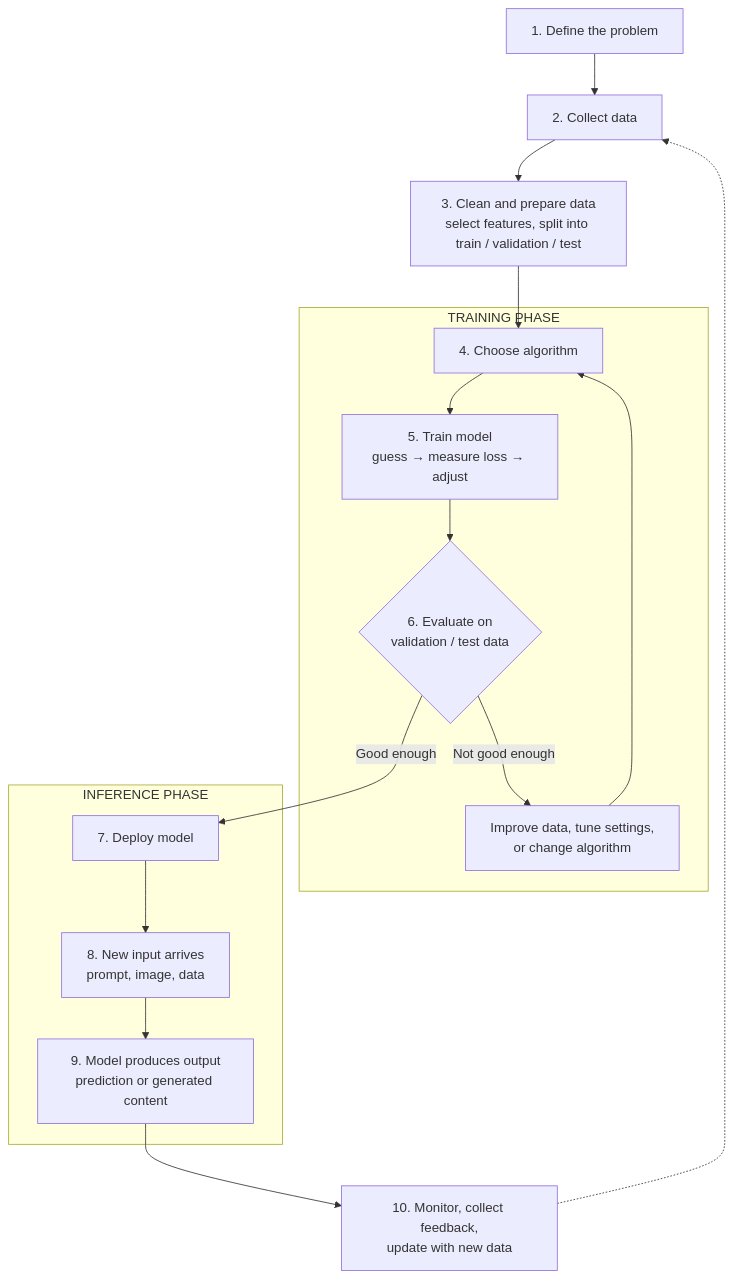
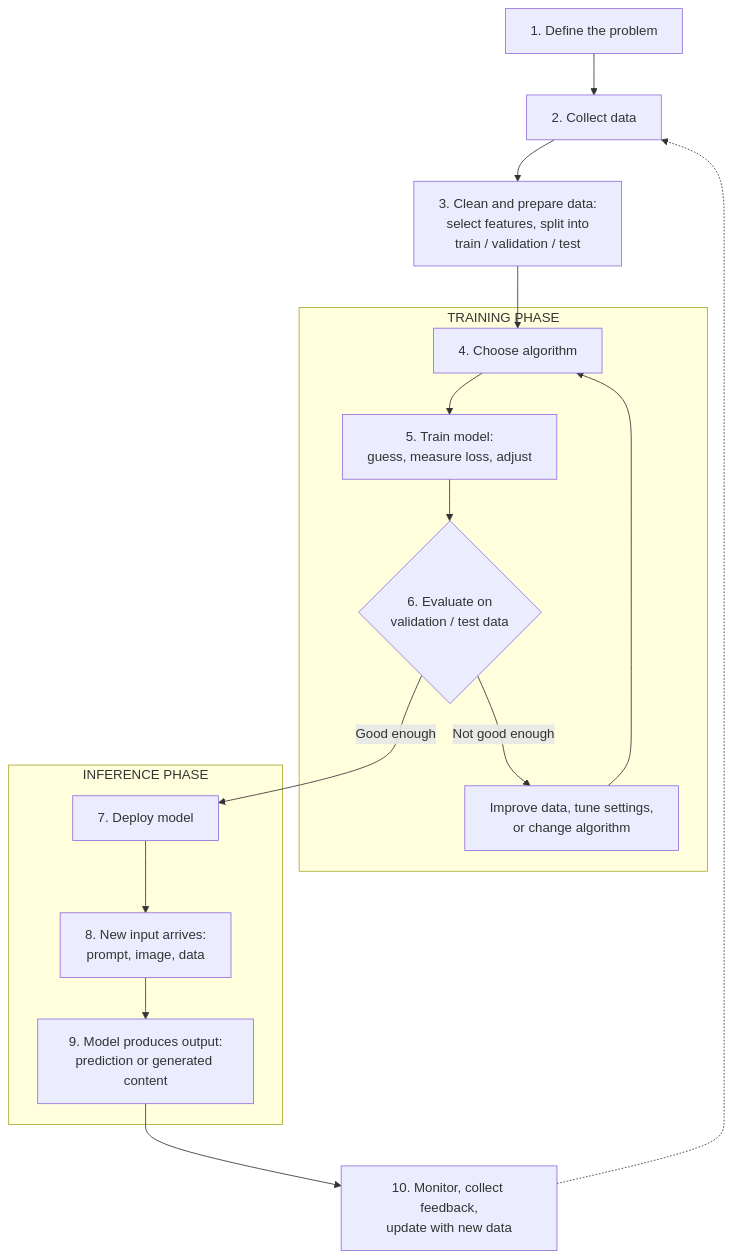
Before and after one commit to benngiiii/BABI-GULING: the fourth of 4 diagrams in Main/study-guide/v1.0/chapter-3-how-artificial-intelligence-works/how-artificial-intelligence-works.md, drawn with Mermaid. The commit also changed other lines of this file, not shown here.

First line of the commit message:
Refine markdown formatting and diagrams in chapter 3

````diff
--- a/Main/study-guide/v1.0/chapter-3-how-artificial-intelligence-works/how-artificial-intelligence-works.md
+++ b/Main/study-guide/v1.0/chapter-3-how-artificial-intelligence-works/how-artificial-intelligence-works.md
@@ -518,23 +530,24 @@
 ```mermaid
 flowchart TD
-    A[1. Define the problem] --> B[2. Collect data]
-    B --> C[3. Clean and prepare data<br/>select features, split into train / validation / test]
-    C --> D
-
-    subgraph TRAINING [TRAINING PHASE]
-        D[4. Choose algorithm] --> E[5. Train model<br/>guess → measure loss → adjust]
-        E --> F{6. Evaluate on<br/>validation / test data}
-        F -- Not good enough --> G[Improve data, tune settings,<br/>or change algorithm]
-        G --> D
+    A["1. Define the problem"]
+    B["2. Collect data"]
+    C["3. Clean and prepare data:<br/>select features, split into<br/>train / validation / test"]
+    subgraph TRAINING ["TRAINING PHASE"]
+        D["4. Choose algorithm"]
+        E["5. Train model:<br/>guess, measure loss, adjust"]
+        F{"6. Evaluate on<br/>validation / test data"}
+        G["Improve data, tune settings,<br/>or change algorithm"]
     end
-
-    F -- Good enough --> H[7. Deploy model]
-
-    subgraph INFERENCE [INFERENCE PHASE]
-        H --> I[8. New input arrives<br/>prompt, image, data]
-        I --> J[9. Model produces output<br/>prediction or generated content]
+    subgraph INFERENCE ["INFERENCE PHASE"]
+        H["7. Deploy model"]
+        I["8. New input arrives:<br/>prompt, image, data"]
+        J["9. Model produces output:<br/>prediction or generated content"]
     end
-
-    J --> K[10. Monitor, collect feedback,<br/>update with new data]
+    K["10. Monitor, collect feedback,<br/>update with new data"]
+    A --> B --> C --> D --> E --> F
+    F -- "Not good enough" --> G
+    G --> D
+    F -- "Good enough" --> H
+    H --> I --> J --> K
     K -.-> B
 ```
````
